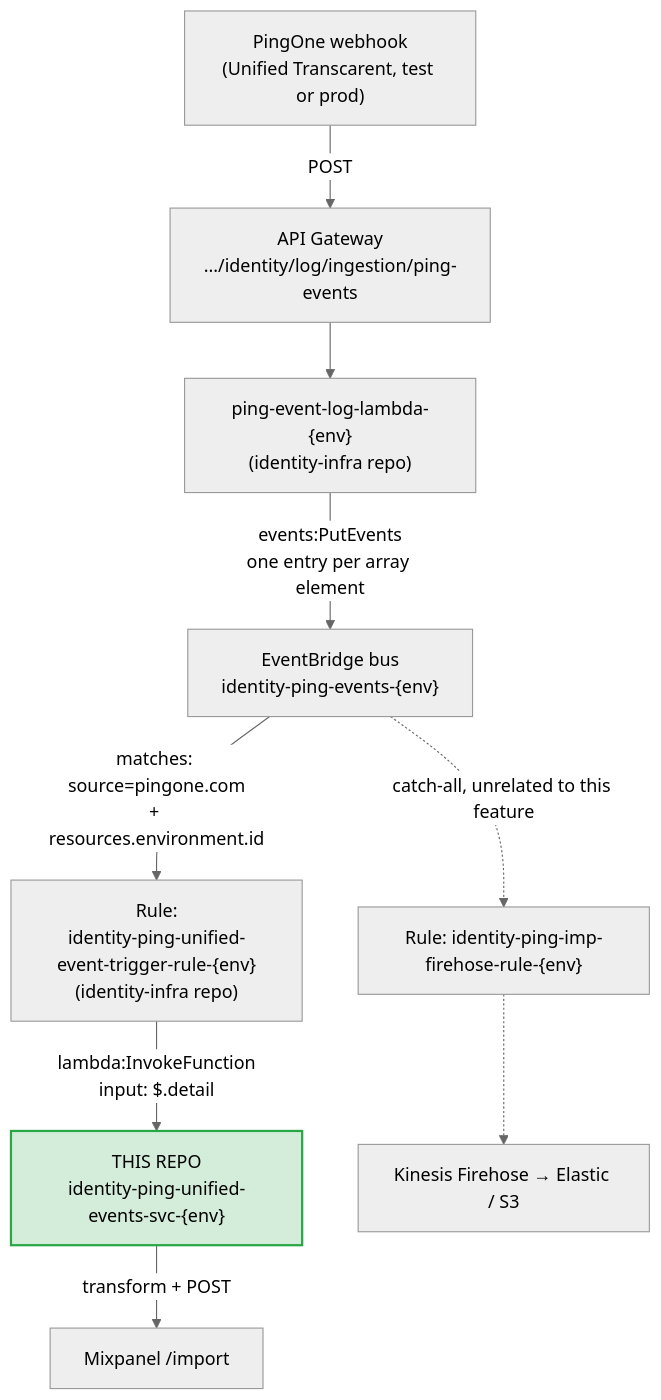
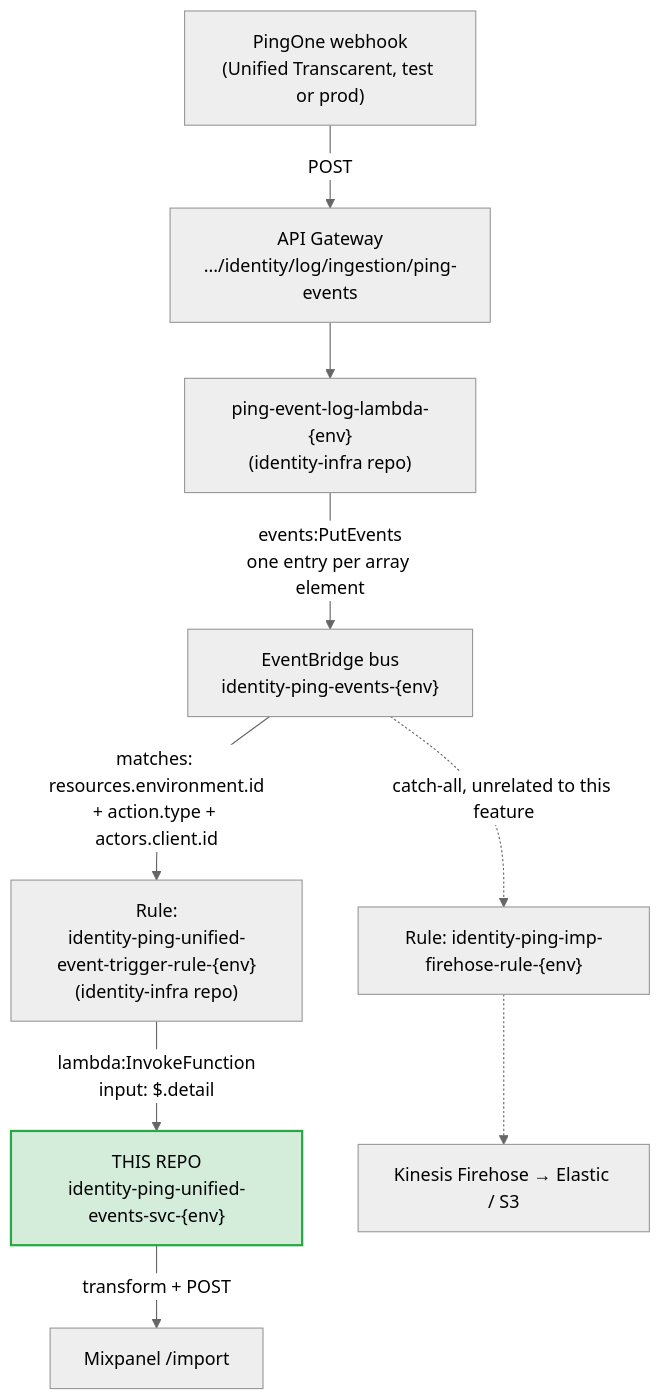
Before and after one commit to konciergeMD/ping-unified-events-lambda: the diagram in README.md, drawn with Mermaid (neutral theme). The commit also changed other lines of this file and 1 other file, not shown here.

````diff
--- a/README.md
+++ b/README.md
@@ -19,14 +19,14 @@
 ```mermaid
 flowchart TD
     A["PingOne webhook<br/>(Unified Transcarent, test or prod)"] -->|"POST"| B["API Gateway<br/>.../identity/log/ingestion/ping-events"]
     B --> C["ping-event-log-lambda-{env}<br/>(identity-infra repo)"]
     C -->|"events:PutEvents<br/>one entry per array element"| D["EventBridge bus<br/>identity-ping-events-{env}"]
-    D -->|"matches: source=pingone.com<br/>+ resources.environment.id"| E["Rule:<br/>identity-ping-unified-event-trigger-rule-{env}<br/>(identity-infra repo)"]
+    D -->|"matches: resources.environment.id<br/>+ action.type + actors.client.id"| E["Rule:<br/>identity-ping-unified-event-trigger-rule-{env}<br/>(identity-infra repo)"]
     E -->|"lambda:InvokeFunction<br/>input: $.detail"| F["THIS REPO<br/>identity-ping-unified-events-svc-{env}"]
     F -->|"transform + POST"| I["Mixpanel /import"]
 
     D -.->|"catch-all, unrelated to this feature"| G["Rule: identity-ping-imp-firehose-rule-{env}"]
     G -.-> H["Kinesis Firehose → Elastic / S3"]
 
     style F fill:#d4edda,stroke:#28a745,stroke-width:2px
 ```
````
